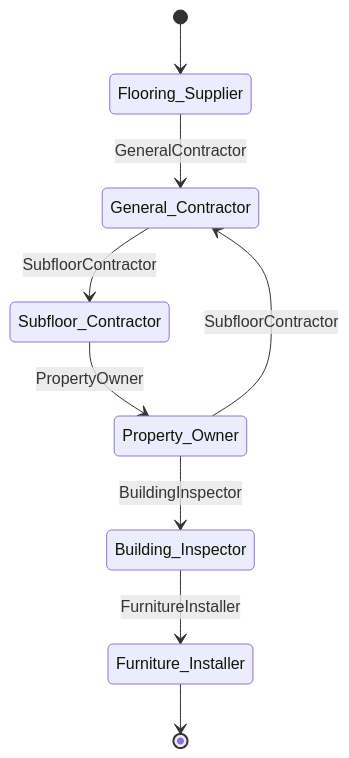
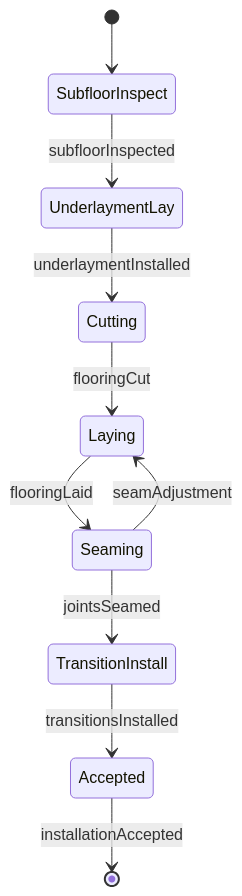
One commit to dot-org-ai/tasks.org.ai changed the second of 4 diagrams in HandlingAndMovingObjects/BuildStructures/InstallCarpetFlooring.mdx. Above: the diagram before and after it, drawn with Mermaid. The commit also changed other lines of this file and 515 other files, not shown here.

````diff
--- a/HandlingAndMovingObjects/BuildStructures/InstallCarpetFlooring.mdx
+++ b/HandlingAndMovingObjects/BuildStructures/InstallCarpetFlooring.mdx
@@ -101,11 +99,12 @@
 ```mermaid
 stateDiagram-v2
-    [*] --> Flooring_Supplier
-    Flooring_Supplier --> General_Contractor: GeneralContractor
-    General_Contractor --> Subfloor_Contractor: SubfloorContractor
-    Subfloor_Contractor --> Property_Owner: PropertyOwner
-    Property_Owner --> Building_Inspector: BuildingInspector
-    Building_Inspector --> Furniture_Installer: FurnitureInstaller
-    Property_Owner --> General_Contractor: SubfloorContractor
-    Furniture_Installer --> [*]
+    [*] --> SubfloorInspect
+    SubfloorInspect --> UnderlaymentLay : subfloorInspected
+    UnderlaymentLay --> Cutting : underlaymentInstalled
+    Cutting --> Laying : flooringCut
+    Laying --> Seaming : flooringLaid
+    Seaming --> TransitionInstall : jointsSeamed
+    TransitionInstall --> Accepted : transitionsInstalled
+    Seaming --> Laying : seamAdjustment
+    Accepted --> [*] : installationAccepted
 ```
````
